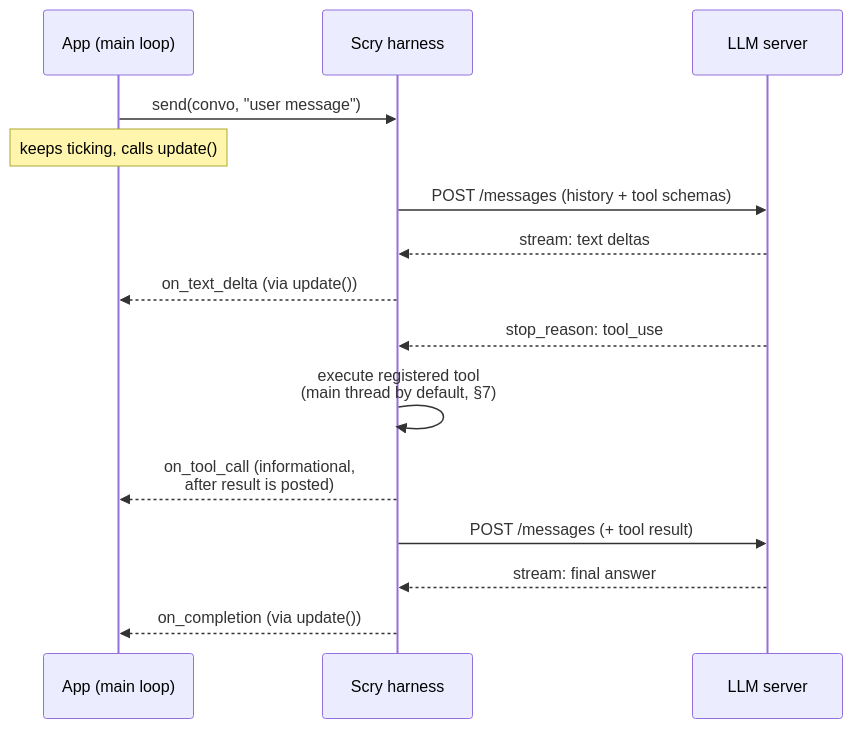
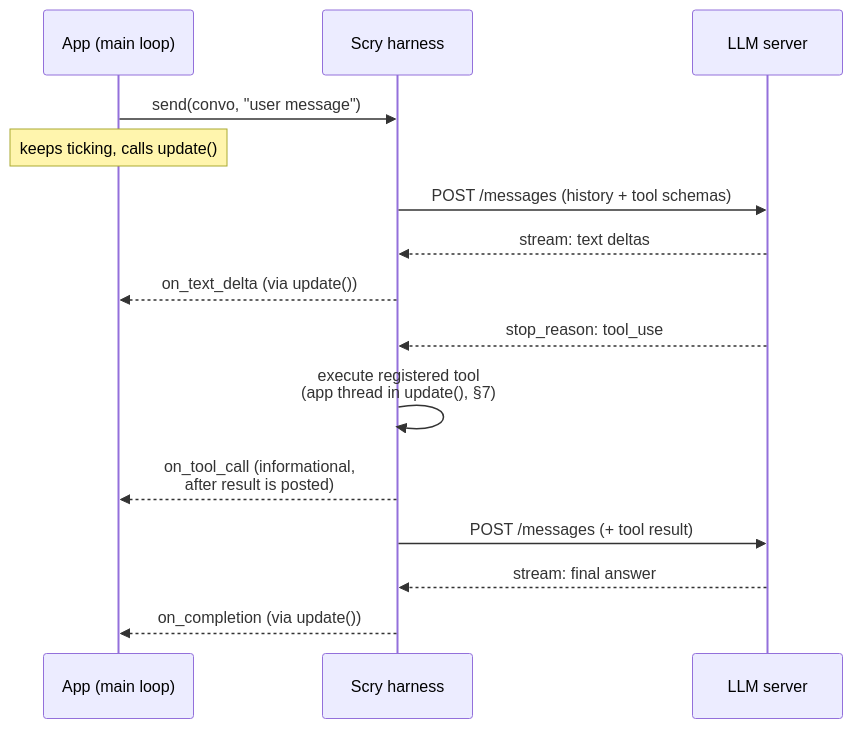
Before and after one commit to crybo-rybo/scry: the second of 3 diagrams in DESIGN.md, drawn with Mermaid. The commit also changed other lines of this file and 22 other files, not shown here.

Commit message:
fix: preserve app-thread tool dispatch invariants

````diff
--- a/DESIGN.md
+++ b/DESIGN.md
@@ -163,18 +163,18 @@
 ```mermaid
 sequenceDiagram
     participant App as App (main loop)
     participant H as Scry harness
     participant LLM as LLM server
 
     App->>H: send(convo, "user message")
     Note over App: keeps ticking, calls update()
     H->>LLM: POST /messages (history + tool schemas)
     LLM-->>H: stream: text deltas
     H-->>App: on_text_delta (via update())
     LLM-->>H: stop_reason: tool_use
-    H->>H: execute registered tool<br/>(main thread by default, §7)
+    H->>H: execute registered tool<br/>(app thread in update(), §7)
     H-->>App: on_tool_call (informational,<br/>after result is posted)
     H->>LLM: POST /messages (+ tool result)
     LLM-->>H: stream: final answer
     H-->>App: on_completion (via update())
 ```
````
